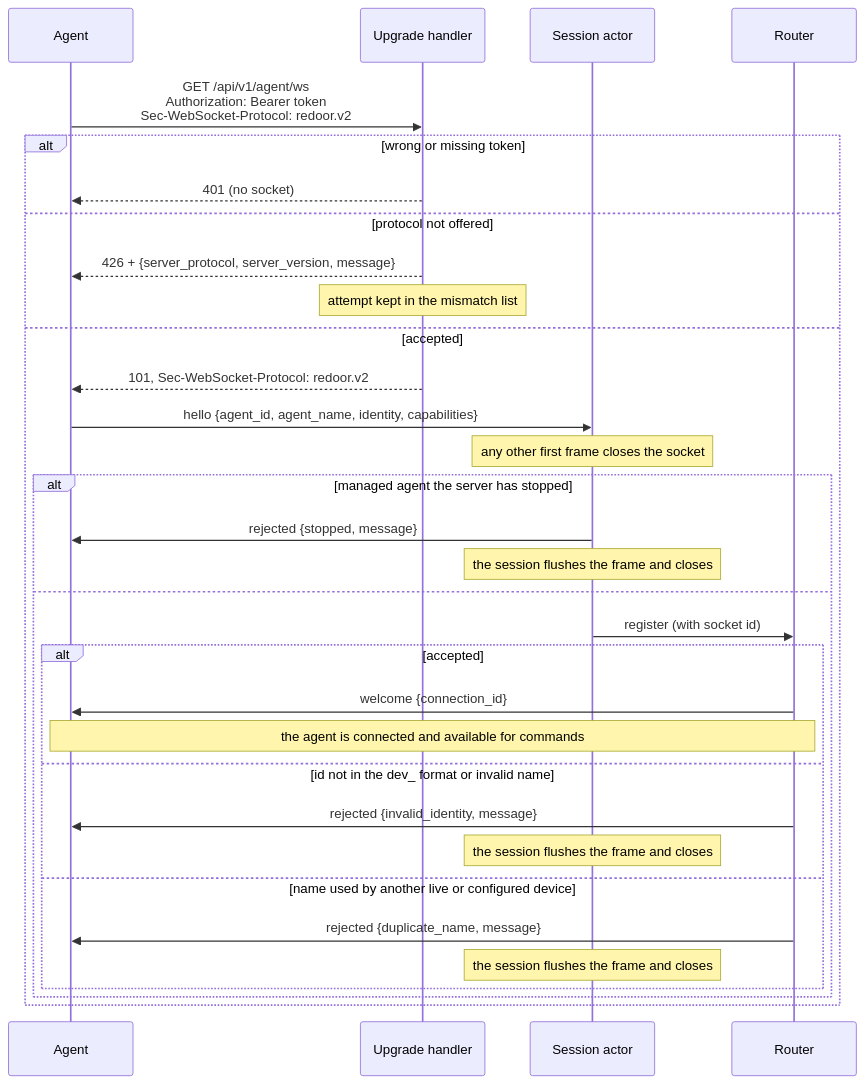
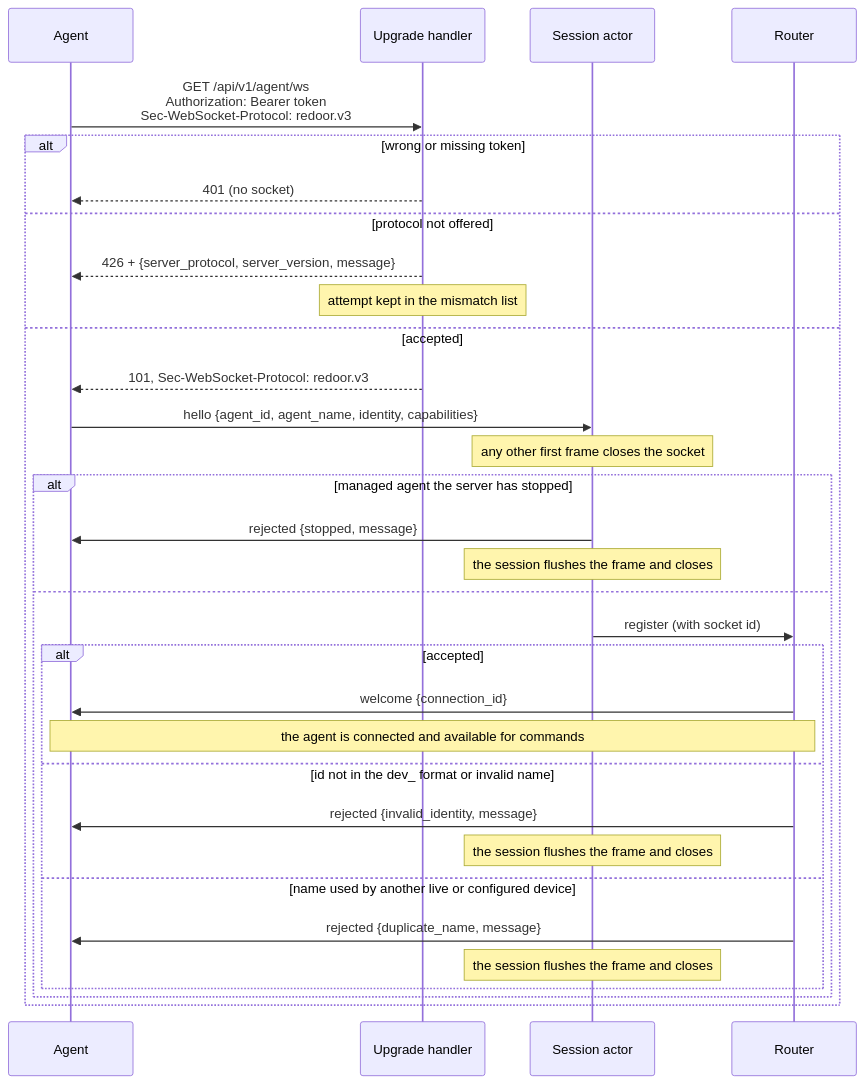
Before and after one commit to FruitieX/redoor: the fourth of 10 diagrams in ARCHITECTURE.md, drawn with Mermaid. The commit also changed other lines of this file and 6 other files, not shown here.

First line of the commit message:
Bump the agent wire protocol to redoor.v3

````diff
--- a/ARCHITECTURE.md
+++ b/ARCHITECTURE.md
@@ -425,35 +425,35 @@
 ```mermaid
 sequenceDiagram
     participant A as Agent
     participant H as Upgrade handler
     participant S as Session actor
     participant R as Router
 
-    A->>H: GET /api/v1/agent/ws<br/>Authorization: Bearer token<br/>Sec-WebSocket-Protocol: redoor.v2
+    A->>H: GET /api/v1/agent/ws<br/>Authorization: Bearer token<br/>Sec-WebSocket-Protocol: redoor.v3
     alt wrong or missing token
         H-->>A: 401 (no socket)
     else protocol not offered
         H-->>A: 426 + {server_protocol, server_version, message}
         Note over H: attempt kept in the mismatch list
     else accepted
-        H-->>A: 101, Sec-WebSocket-Protocol: redoor.v2
+        H-->>A: 101, Sec-WebSocket-Protocol: redoor.v3
         A->>S: hello {agent_id, agent_name, identity, capabilities}
         Note over S: any other first frame closes the socket
         alt managed agent the server has stopped
             S->>A: rejected {stopped, message}
             Note over S: the session flushes the frame and closes
         else
             S->>R: register (with socket id)
             alt accepted
                 R->>A: welcome {connection_id}
                 Note over A,R: the agent is connected and available for commands
             else id not in the dev_ format or invalid name
                 R->>A: rejected {invalid_identity, message}
                 Note over S: the session flushes the frame and closes
             else name used by another live or configured device
                 R->>A: rejected {duplicate_name, message}
                 Note over S: the session flushes the frame and closes
             end
         end
     end
 ```
````
